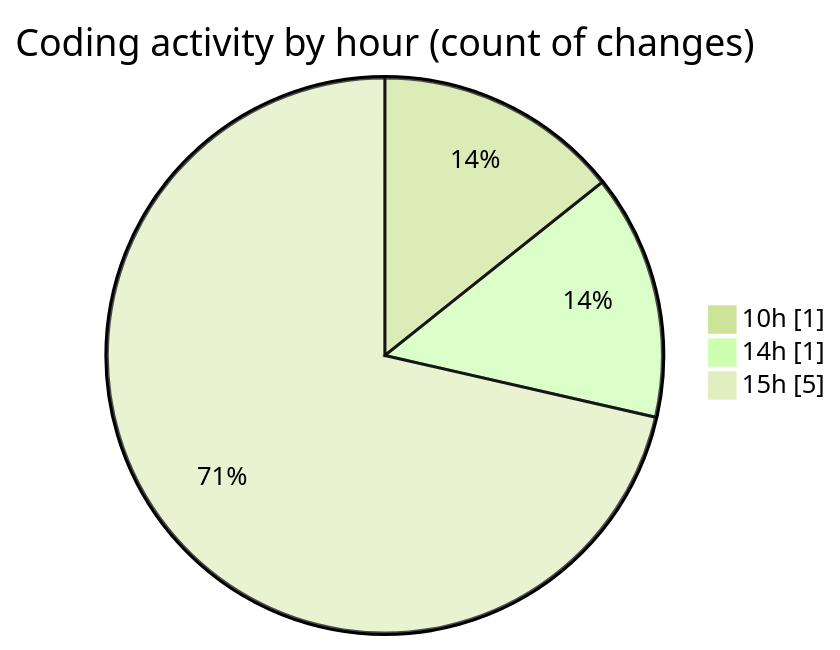
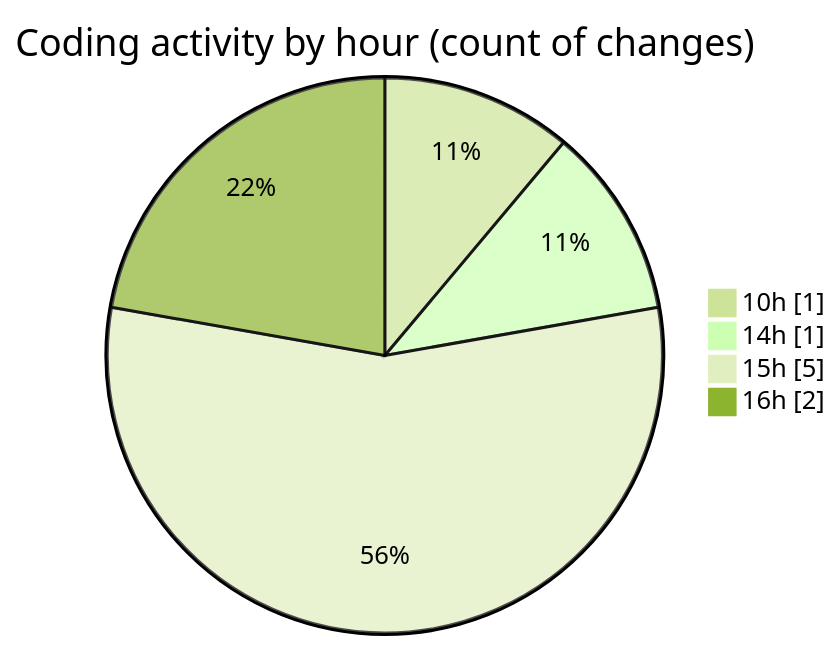
The second of 2 diagrams in 2026-07-14/cilapp/README.md (ricardozamudiocil/code-tracking), drawn with Mermaid (forest theme) before and after one commit. The commit also changed other lines of this file and 1 other file, not shown here.

````diff
--- a/2026-07-14/cilapp/README.md
+++ b/2026-07-14/cilapp/README.md
@@ -32,7 +33,8 @@
 ```mermaid
 pie showData
 title Coding activity by hour (count of changes)
 "10h" : 1
 "14h" : 1
 "15h" : 5
+"16h" : 2
 ```
````
